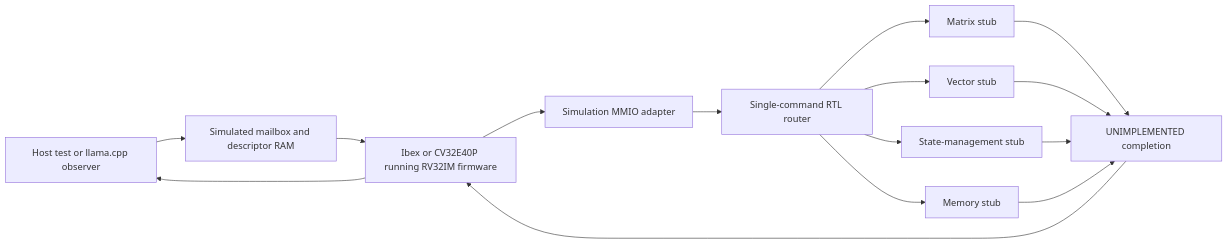
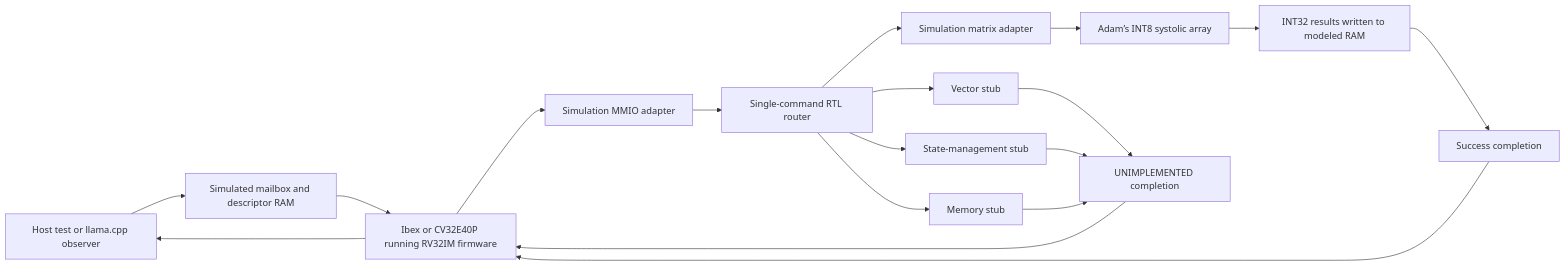
One commit to SiliconBadgers/soc changed the diagram in docs/integration/README.md. Above: the diagram before and after it, drawn with Mermaid. The commit also changed other lines of this file and 20 other files, not shown here.

Commit message:
Connect CPU matrix commands to the INT8 systolic array in VCS

````diff
--- a/docs/integration/README.md
+++ b/docs/integration/README.md
@@ -17,14 +18,18 @@
 ```mermaid
 flowchart LR
     H[Host test or llama.cpp observer] --> M[Simulated mailbox and descriptor RAM]
     M --> C[Ibex or CV32E40P running RV32IM firmware]
     C --> A[Simulation MMIO adapter]
     A --> R[Single-command RTL router]
-    R --> X[Matrix stub]
+    R --> X[Simulation matrix adapter]
+    X --> SA[Adam’s INT8 systolic array]
+    SA --> W[INT32 results written to modeled RAM]
+    W --> OK[Success completion]
+    OK --> C
     R --> V[Vector stub]
     R --> S[State-management stub]
     R --> D[Memory stub]
-    X & V & S & D --> E[UNIMPLEMENTED completion]
+    V & S & D --> E[UNIMPLEMENTED completion]
     E --> C
     C --> H
 ```
````
